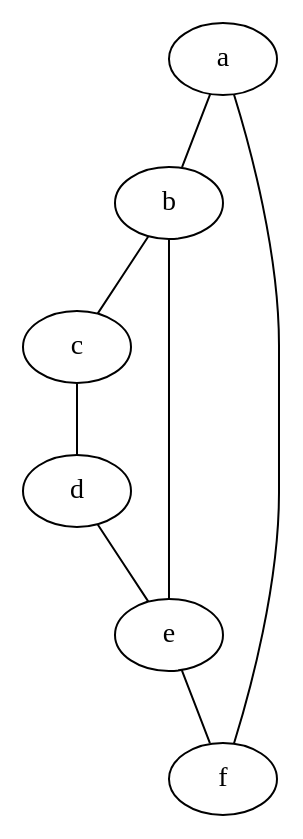
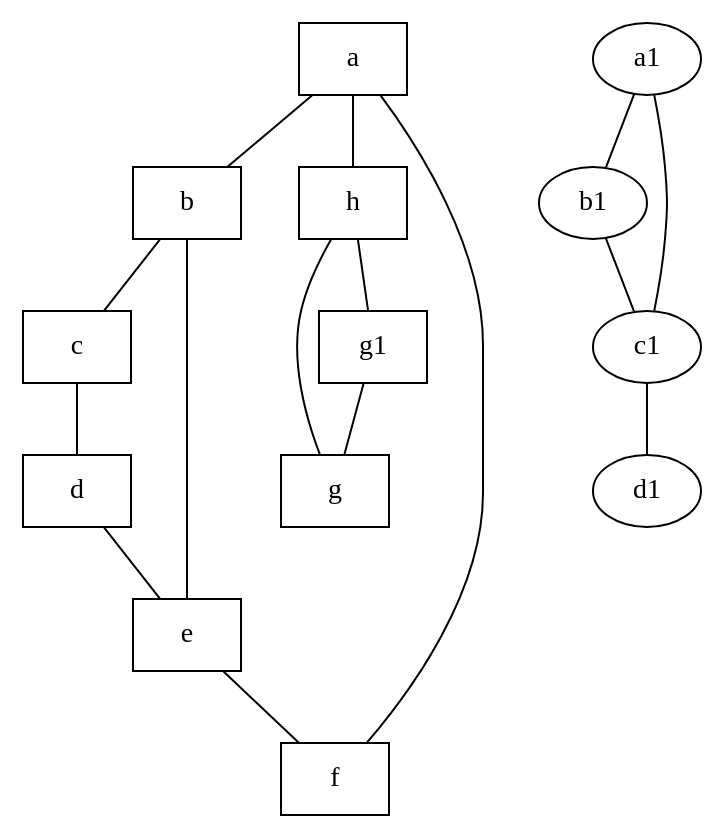
The diagram in res/files/cycles.dot (KirillBel/SoftwareDesign2013_group2), drawn with Graphviz before and after one commit. The commit also changed 6 other files, not shown here.

```diff
--- a/res/files/cycles.dot
+++ b/res/files/cycles.dot
@@ -1,4 +1,21 @@
 graph graphname {
+	a [shape=box];
+	b [shape=box];
+	c [shape=box];
+	d [shape=box];
+	e [shape=box];
+	f [shape=box];
+	
+	h [shape=box];
+	g [shape=box];
+	g1 [shape=box];
+
+	
      a -- b -- c -- d -- e -- f -- a;
 	 b -- e;
+	 a -- h -- g;
+	 h -- g1 -- g;
+	 
+	a1 -- b1 -- c1 -- d1;
+	a1 -- c1;	
  }
```
